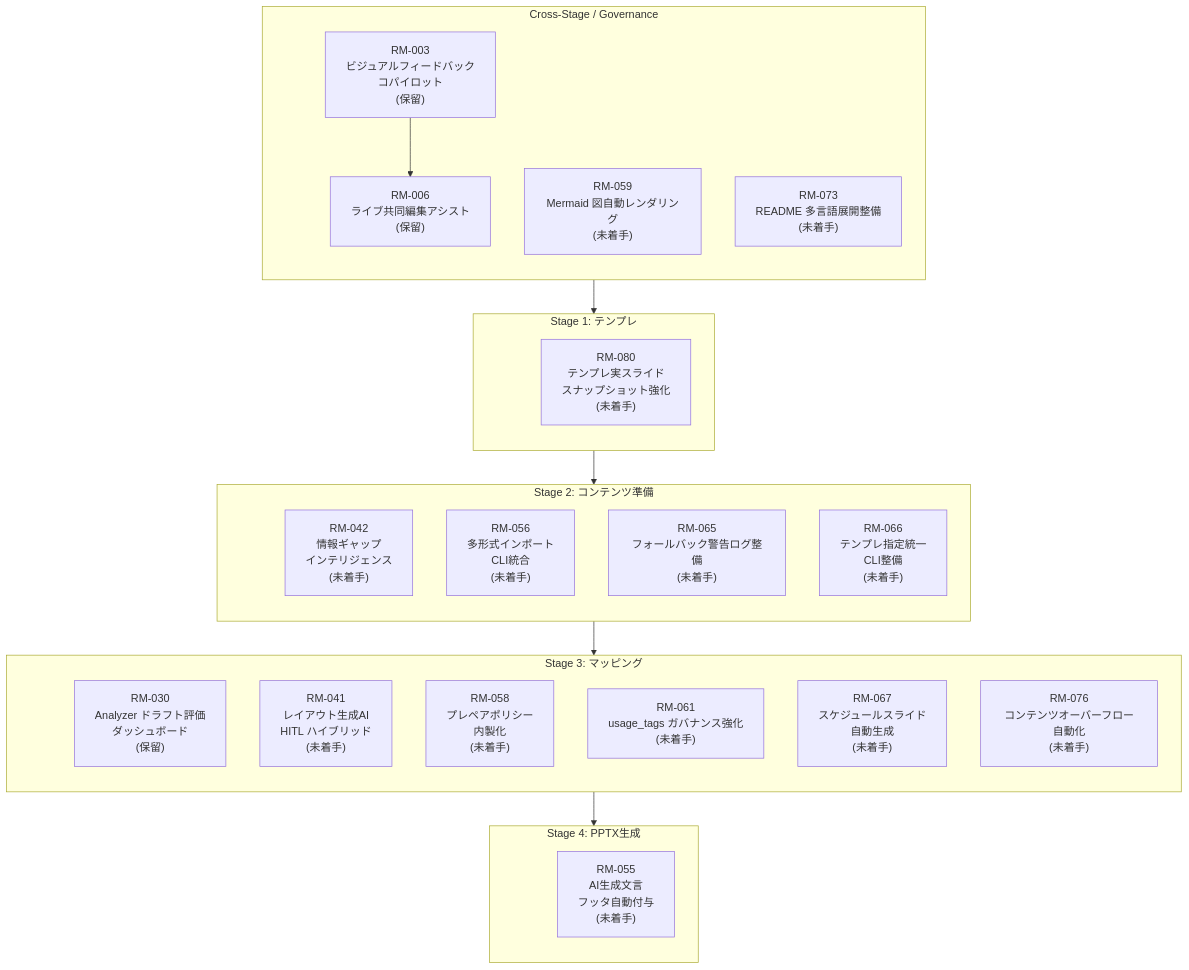
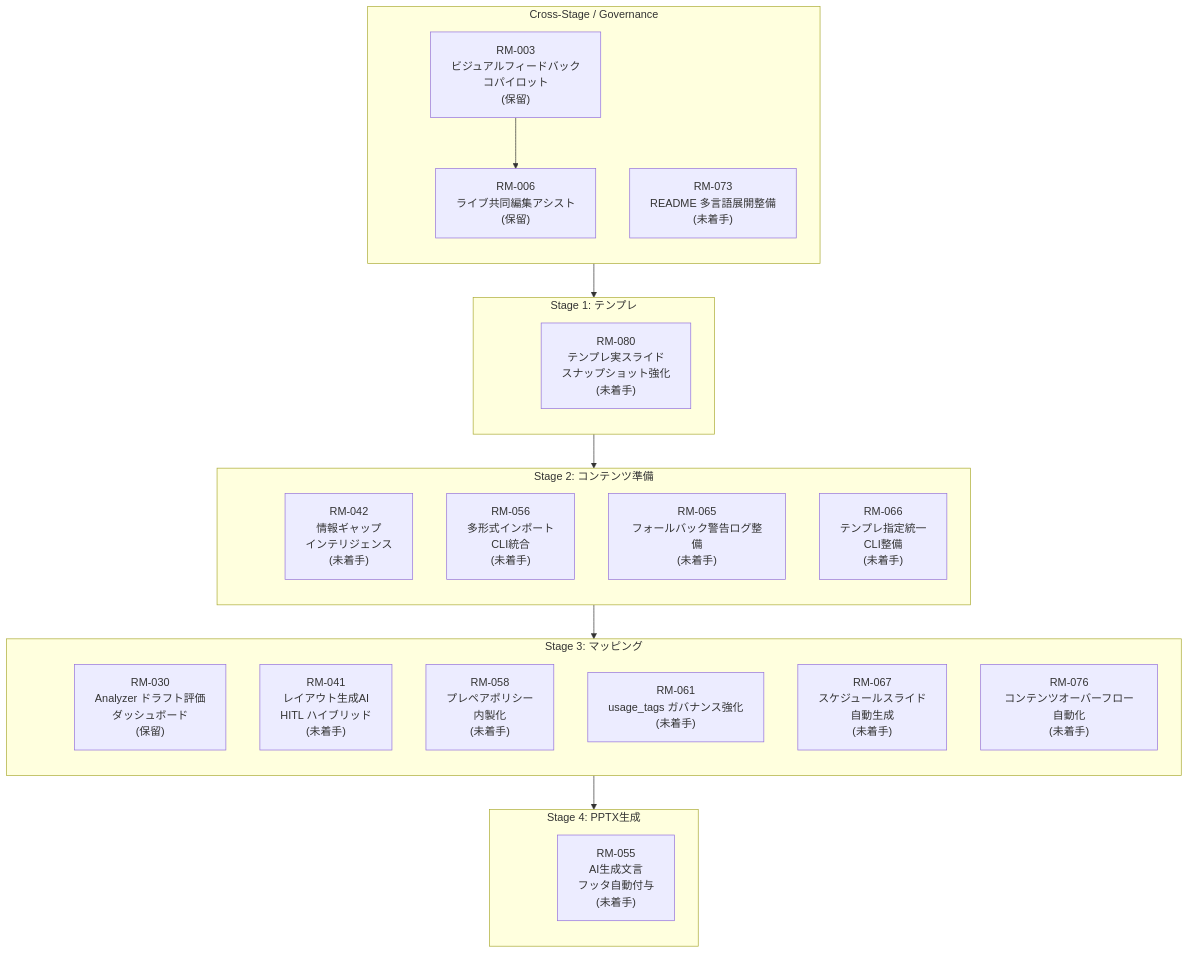
The diagram in docs/roadmap/roadmap.md (yurake/pptx_generator), drawn with Mermaid before and after one commit. The commit also changed other lines of this file and 1 other file, not shown here.

````diff
--- a/docs/roadmap/roadmap.md
+++ b/docs/roadmap/roadmap.md
@@ -25,53 +25,52 @@
 ```mermaid
 flowchart TB
     subgraph GOV["Cross-Stage / Governance"]
         direction TB
         GOV_ANCHOR(( ))
         RM003["RM-003<br/>ビジュアルフィードバック<br/>コパイロット<br/>(保留)"]
         RM006["RM-006<br/>ライブ共同編集アシスト<br/>(保留)"]
-        RM059["RM-059<br/>Mermaid 図自動レンダリング<br/>(未着手)"]
         RM073["RM-073<br/>README 多言語展開整備<br/>(未着手)"]
     end
 
     subgraph ST1["Stage 1: テンプレ"]
         direction TB
         ST1_ANCHOR(( ))
         RM080["RM-080<br/>テンプレ実スライド<br/>スナップショット強化<br/>(未着手)"]
     end
 
     subgraph ST2["Stage 2: コンテンツ準備"]
         direction TB
         ST2_ANCHOR(( ))
         RM042["RM-042<br/>情報ギャップ<br/>インテリジェンス<br/>(未着手)"]
         RM056["RM-056<br/>多形式インポート<br/>CLI統合<br/>(未着手)"]
         RM065["RM-065<br/>フォールバック警告ログ整備<br/>(未着手)"]
         RM066["RM-066<br/>テンプレ指定統一<br/>CLI整備<br/>(未着手)"]
     end
 
     subgraph ST3["Stage 3: マッピング"]
         direction TB
         ST3_ANCHOR(( ))
         RM030["RM-030<br/>Analyzer ドラフト評価<br/>ダッシュボード<br/>(保留)"]
         RM041["RM-041<br/>レイアウト生成AI<br/>HITL ハイブリッド<br/>(未着手)"]
         RM058["RM-058<br/>プレペアポリシー<br/>内製化<br/>(未着手)"]
         RM061["RM-061<br/>usage_tags ガバナンス強化<br/>(未着手)"]
         RM067["RM-067<br/>スケジュールスライド<br/>自動生成<br/>(未着手)"]
         RM076["RM-076<br/>コンテンツオーバーフロー自動化<br/>(未着手)"]
     end
 
     subgraph ST4["Stage 4: PPTX生成"]
         direction TB
         ST4_ANCHOR(( ))
         RM055["RM-055<br/>AI生成文言<br/>フッタ自動付与<br/>(未着手)"]
     end
 
     style GOV_ANCHOR fill:transparent,stroke:transparent
     style ST1_ANCHOR fill:transparent,stroke:transparent
     style ST2_ANCHOR fill:transparent,stroke:transparent
     style ST3_ANCHOR fill:transparent,stroke:transparent
     style ST4_ANCHOR fill:transparent,stroke:transparent
 
     GOV_ANCHOR --> ST1_ANCHOR --> ST2_ANCHOR --> ST3_ANCHOR --> ST4_ANCHOR
 
     RM003 --> RM006
 ```
````
